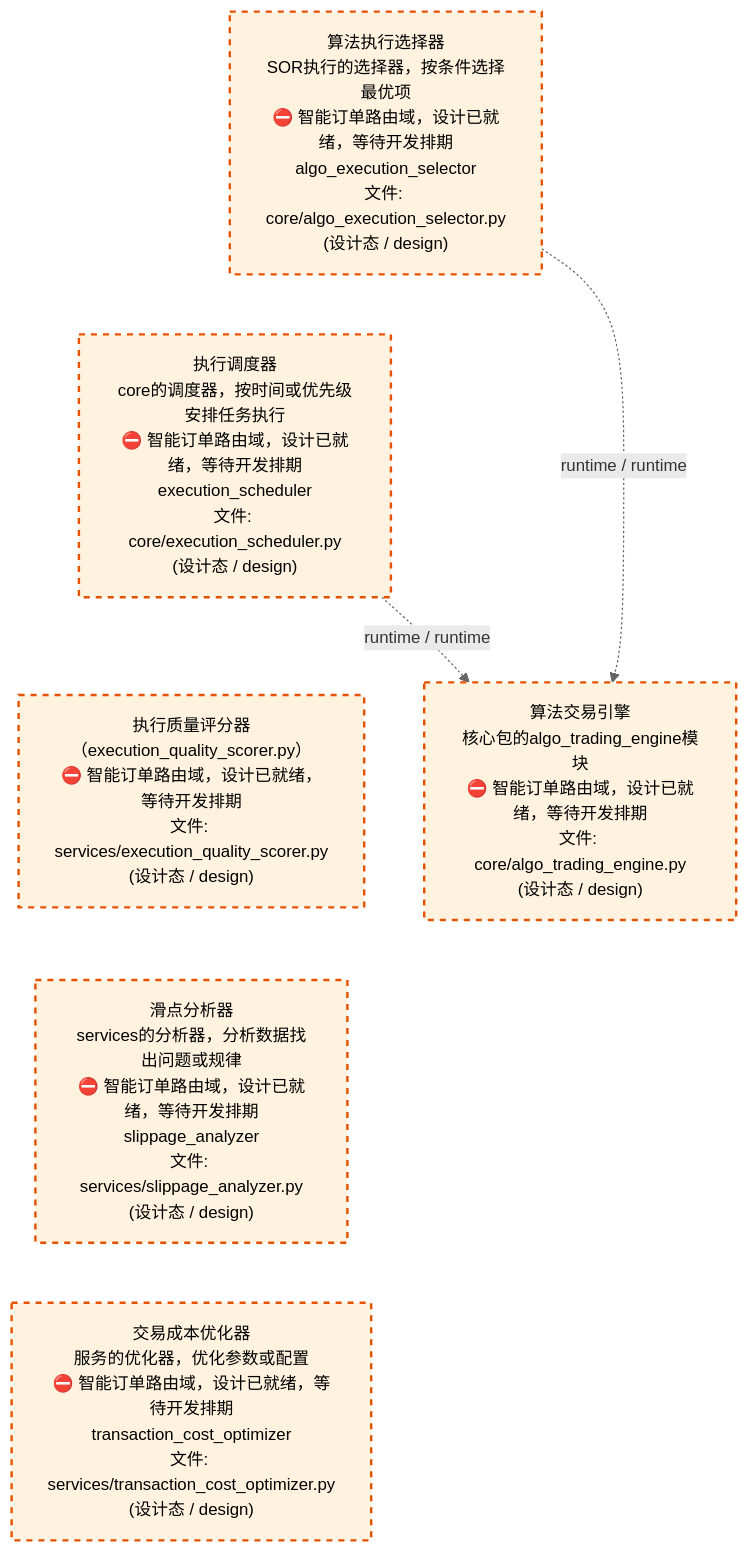
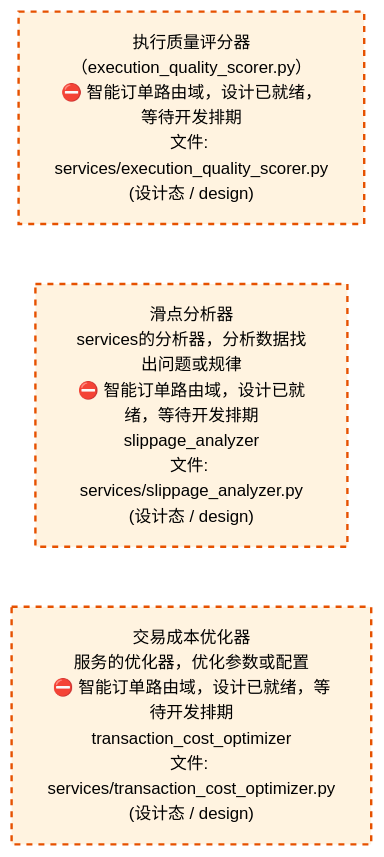
Before and after one commit to xuanFelixVan/ZephyrAlpha: the third of 4 diagrams in docs/02_enterprise_architecture/02_domain_architecture_docs/45_d_ex_sor.md, drawn with Mermaid. The commit also changed other lines of this file and 45 other files, not shown here.

````diff
--- a/docs/02_enterprise_architecture/02_domain_architecture_docs/45_d_ex_sor.md
+++ b/docs/02_enterprise_architecture/02_domain_architecture_docs/45_d_ex_sor.md
@@ -174,21 +183,14 @@
 ```mermaid
 %%{init: {'theme': 'base', 'themeVariables': {'primaryColor': '#eaeaea', 'primaryTextColor': '#333333', 'primaryBorderColor': '#666666', 'lineColor': '#666666', 'secondaryColor': '#eaeaea', 'tertiaryColor': '#eaeaea', 'fontSize': '14px'}}}%%
 flowchart TD
-    src_zephyr_ex_sor_core_algo_execution_selector_py["算法执行选择器<br/>SOR执行的选择器，按条件选择最优项<br/>⛔ 智能订单路由域，设计已就绪，等待开发排期<br/>algo_execution_selector<br/>文件: core/algo_execution_selector.py<br/>(设计态 / design)"]
-    src_zephyr_ex_sor_core_execution_scheduler_py["执行调度器<br/>core的调度器，按时间或优先级安排任务执行<br/>⛔ 智能订单路由域，设计已就绪，等待开发排期<br/>execution_scheduler<br/>文件: core/execution_scheduler.py<br/>(设计态 / design)"]
     src_zephyr_ex_sor_services_execution_quality_scorer_py["执行质量评分器<br/>（execution_quality_scorer.py）<br/>⛔ 智能订单路由域，设计已就绪，等待开发排期<br/>文件: services/execution_quality_scorer.py<br/>(设计态 / design)"]
     src_zephyr_ex_sor_services_slippage_analyzer_py["滑点分析器<br/>services的分析器，分析数据找出问题或规律<br/>⛔ 智能订单路由域，设计已就绪，等待开发排期<br/>slippage_analyzer<br/>文件: services/slippage_analyzer.py<br/>(设计态 / design)"]
     src_zephyr_ex_sor_services_transaction_cost_optimizer_py["交易成本优化器<br/>服务的优化器，优化参数或配置<br/>⛔ 智能订单路由域，设计已就绪，等待开发排期<br/>transaction_cost_optimizer<br/>文件: services/transaction_cost_optimizer.py<br/>(设计态 / design)"]
-    src_zephyr_ex_sor_core_algo_execution_selector_py ~~~ src_zephyr_ex_sor_core_execution_scheduler_py
-    src_zephyr_ex_sor_core_execution_scheduler_py ~~~ src_zephyr_ex_sor_services_execution_quality_scorer_py
     src_zephyr_ex_sor_services_execution_quality_scorer_py ~~~ src_zephyr_ex_sor_services_slippage_analyzer_py
     src_zephyr_ex_sor_services_slippage_analyzer_py ~~~ src_zephyr_ex_sor_services_transaction_cost_optimizer_py
-    src_zephyr_ex_sor_core_algo_trading_engine_py["算法交易引擎<br/>核心包的algo_trading_engine模块<br/>⛔ 智能订单路由域，设计已就绪，等待开发排期<br/>文件: core/algo_trading_engine.py<br/>(设计态 / design)"]
-    src_zephyr_ex_sor_core_execution_scheduler_py -.->|runtime / runtime| src_zephyr_ex_sor_core_algo_trading_engine_py
-    src_zephyr_ex_sor_core_algo_execution_selector_py -.->|runtime / runtime| src_zephyr_ex_sor_core_algo_trading_engine_py
     classDef production fill:#e1f5fe,stroke:#01579b,stroke-width:2px,color:#000
     classDef design fill:#fff3e0,stroke:#e65100,stroke-width:2px,color:#000,stroke-dasharray: 5 5
     classDef external_prod fill:#e8f4fd,stroke:#0277bd,stroke-width:1px,color:#000
     classDef external_design fill:#fff8e7,stroke:#ef6c00,stroke-width:1px,color:#000,stroke-dasharray: 5 5
-    class src_zephyr_ex_sor_core_algo_execution_selector_py,src_zephyr_ex_sor_core_algo_trading_engine_py,src_zephyr_ex_sor_core_execution_scheduler_py,src_zephyr_ex_sor_services_execution_quality_scorer_py,src_zephyr_ex_sor_services_slippage_analyzer_py,src_zephyr_ex_sor_services_transaction_cost_optimizer_py design
+    class src_zephyr_ex_sor_services_execution_quality_scorer_py,src_zephyr_ex_sor_services_slippage_analyzer_py,src_zephyr_ex_sor_services_transaction_cost_optimizer_py design
 ```
````
